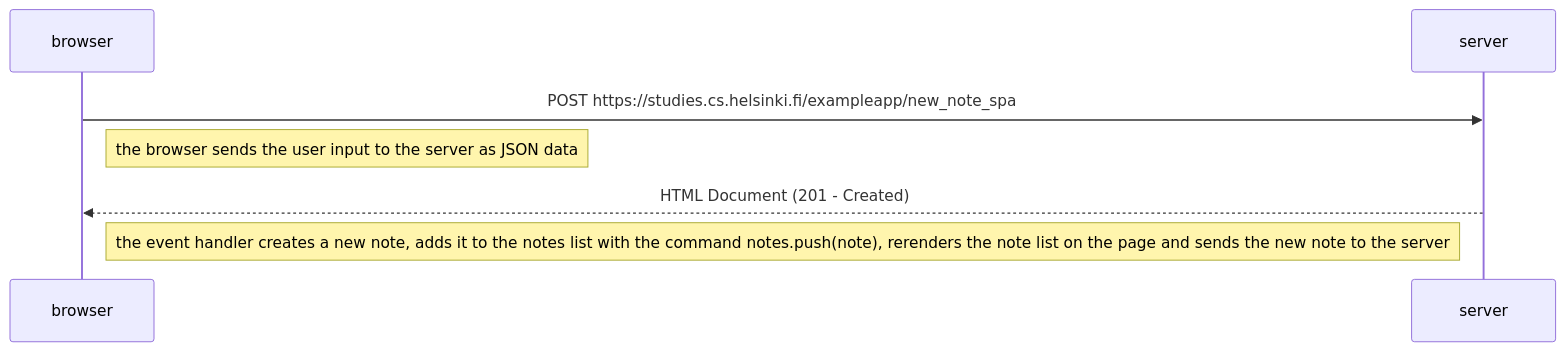
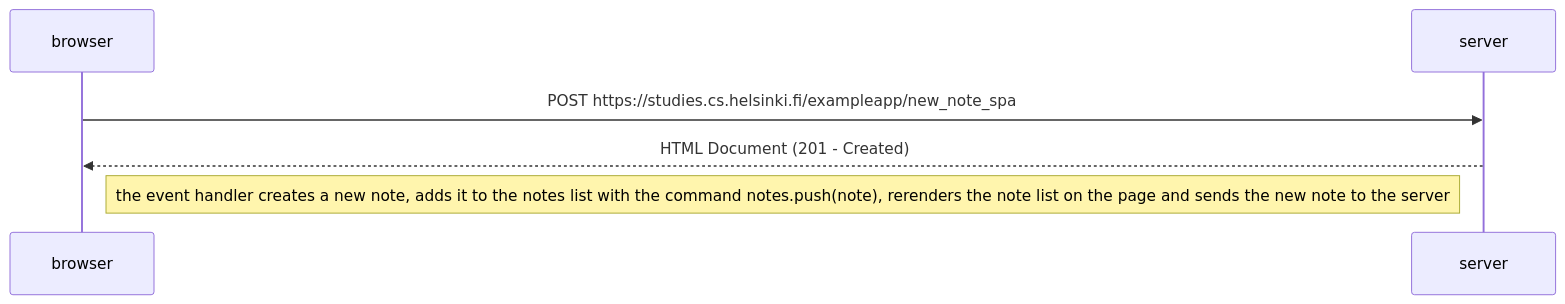
One commit to rjeantet/fullstackopen_exercises changed the diagram in part0/06_new-note-spa-diagram.md. Above: the diagram before and after it, drawn with Mermaid.

Commit message:
update 06

````diff
--- a/part0/06_new-note-spa-diagram.md
+++ b/part0/06_new-note-spa-diagram.md
@@ -1,7 +1,6 @@
 ```mermaid
    sequenceDiagram
        browser->>server: POST https://studies.cs.helsinki.fi/exampleapp/new_note_spa
-    Note right of browser: the browser sends the user input to the server as JSON data
     server-->>browser: HTML Document (201 - Created)
     Note right of browser: the event handler creates a new note, adds it to the notes list with the command notes.push(note), rerenders the note list on the page and sends the new note to the server
 ```
````
